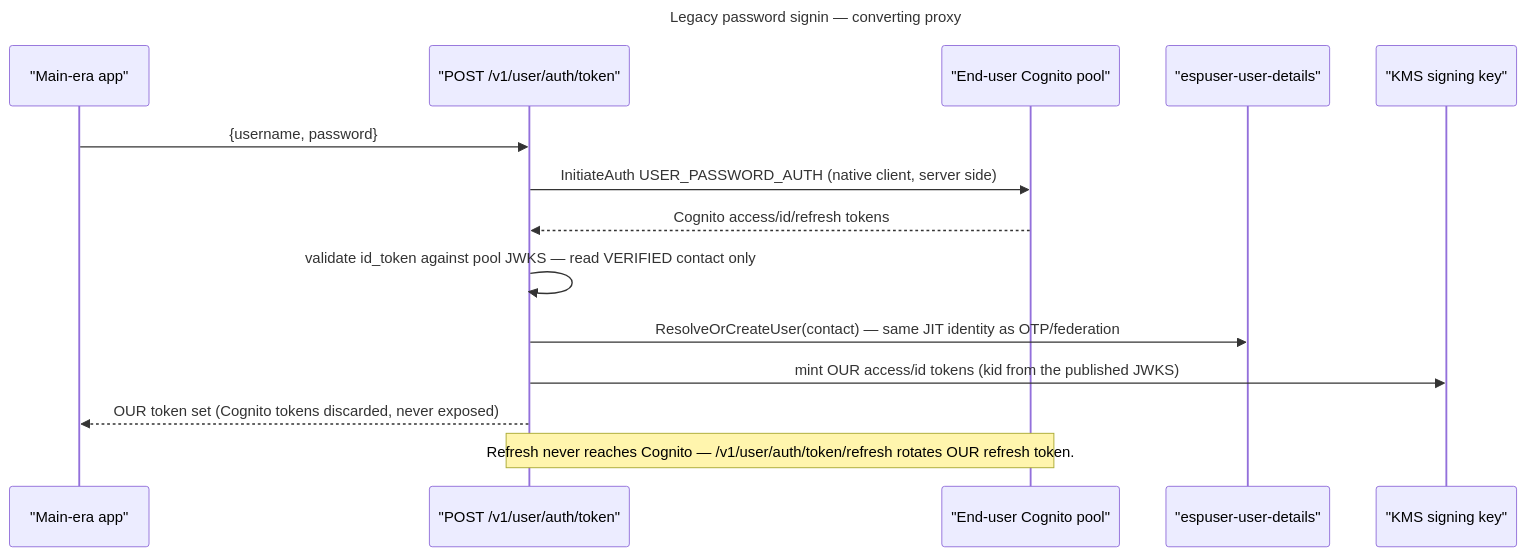
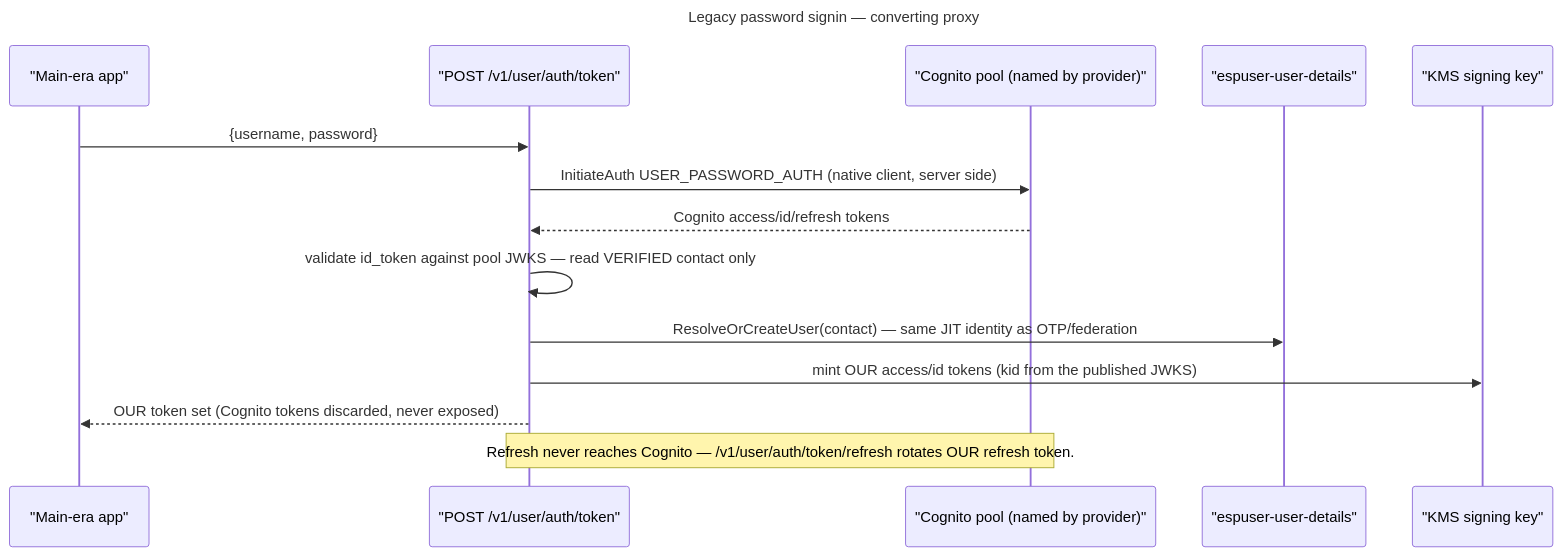
The first of 2 diagrams in src/espuser/docs/specs/legacy-user-auth.md (espressif/esp-rainmaker-neo), drawn with Mermaid before and after one commit. The commit also changed other lines of this file and 14 other files, not shown here.

````diff
--- a/src/espuser/docs/specs/legacy-user-auth.md
+++ b/src/espuser/docs/specs/legacy-user-auth.md
@@ -39,18 +36,18 @@
 ```mermaid
 sequenceDiagram
     title Legacy password signin — converting proxy
     participant App as "Main-era app"
     participant API as "POST /v1/user/auth/token"
-    participant Pool as "End-user Cognito pool"
+    participant Pool as "Cognito pool (named by provider)"
     participant Users as "espuser-user-details"
     participant KMS as "KMS signing key"
 
     App->>API: {username, password}
     API->>Pool: InitiateAuth USER_PASSWORD_AUTH (native client, server side)
     Pool-->>API: Cognito access/id/refresh tokens
     API->>API: validate id_token against pool JWKS — read VERIFIED contact only
     API->>Users: ResolveOrCreateUser(contact) — same JIT identity as OTP/federation
     API->>KMS: mint OUR access/id tokens (kid from the published JWKS)
     API-->>App: OUR token set (Cognito tokens discarded, never exposed)
     Note over API,Pool: Refresh never reaches Cognito — /v1/user/auth/token/refresh rotates OUR refresh token.
 ```
````
